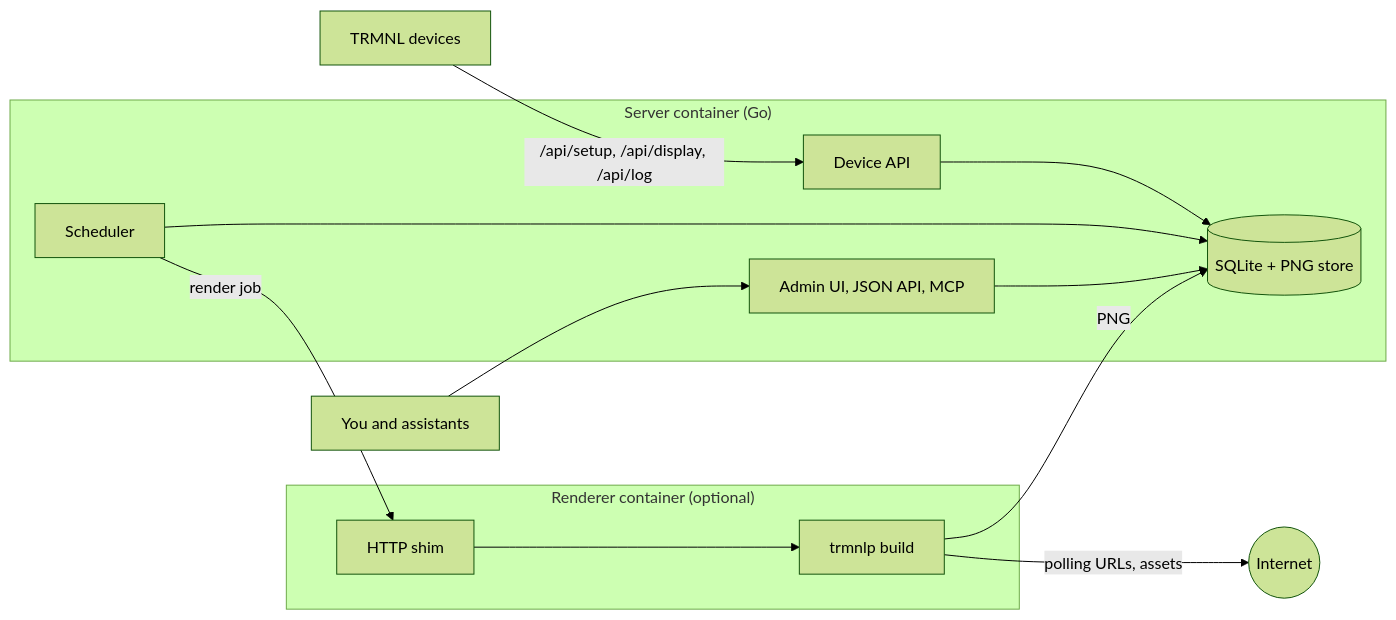
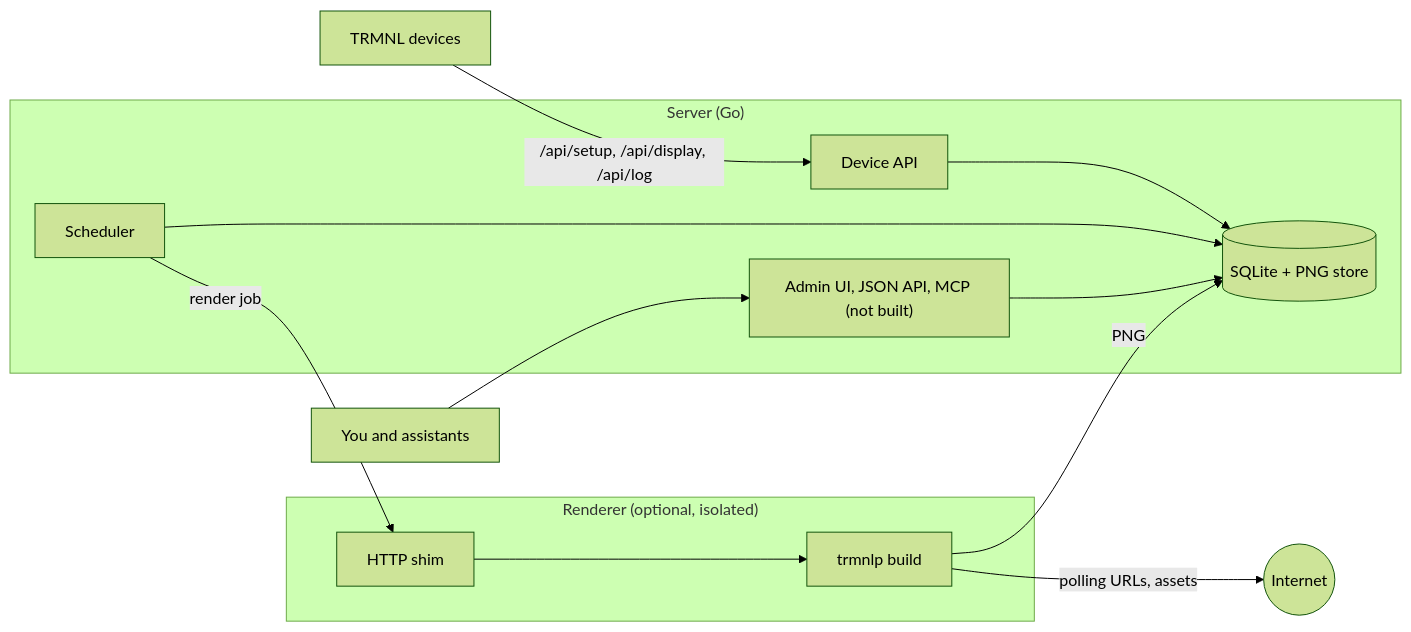
One commit to die-net/trmnl-byos-go changed the diagram in docs/design.md. Above: the diagram before and after it, drawn with Mermaid (forest theme). The commit also changed other lines of this file and 56 other files, not shown here.

````diff
--- a/docs/design.md
+++ b/docs/design.md
@@ -40,23 +40,23 @@
 ```mermaid
 flowchart LR
   devices["TRMNL devices"] -->|"/api/setup, /api/display, /api/log"| api
 
-  subgraph server["Server container (Go)"]
+  subgraph server["Server (Go)"]
     api["Device API"]
     sched["Scheduler"]
     store[("SQLite + PNG store")]
-    admin["Admin UI, JSON API, MCP"]
+    admin["Admin UI, JSON API, MCP (not built)"]
     api --> store
     sched --> store
     admin --> store
   end
 
-  subgraph renderer["Renderer container (optional)"]
+  subgraph renderer["Renderer (optional, isolated)"]
     shim["HTTP shim"] --> build["trmnlp build"]
   end
 
   you["You and assistants"] --> admin
   sched -->|"render job"| shim
   build -->|"PNG"| store
   build -->|"polling URLs, assets"| internet(("Internet"))
 ```
````
